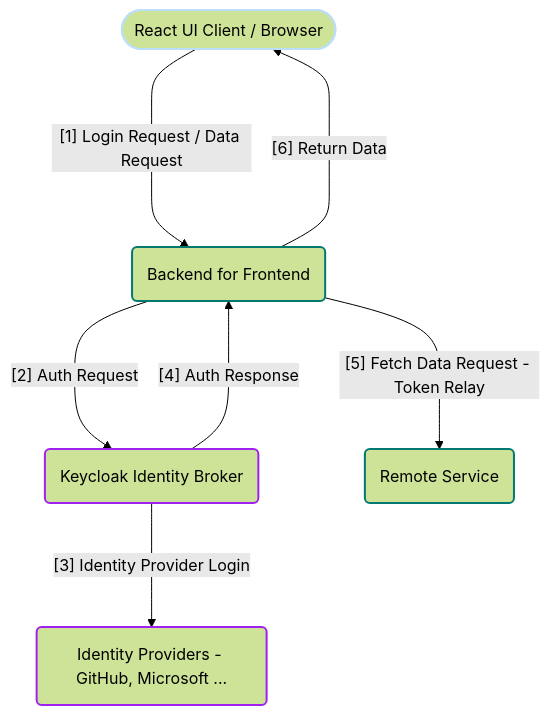
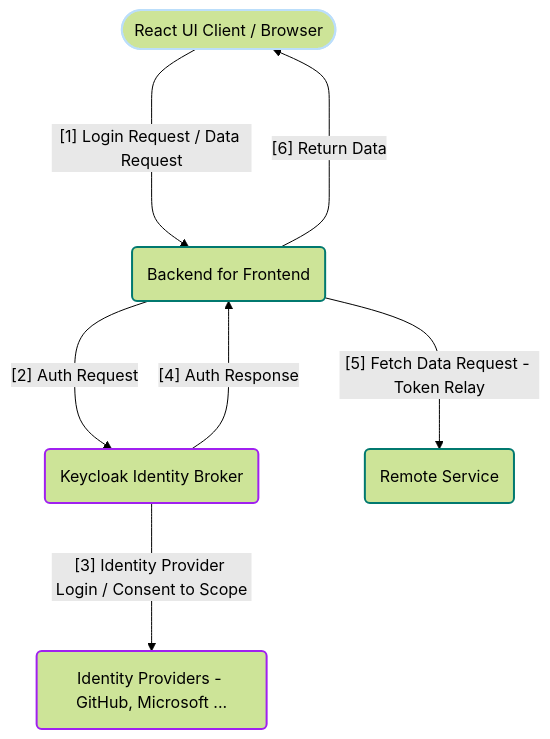
One commit to CynicDog/CynicDog.github.io changed the diagram in _posts/2024-09-26-cloud-native-spring-with-spa-and-key-cloak.md. Above: the diagram before and after it, drawn with Mermaid (forest theme).

````diff
--- a/_posts/2024-09-26-cloud-native-spring-with-spa-and-key-cloak.md
+++ b/_posts/2024-09-26-cloud-native-spring-with-spa-and-key-cloak.md
@@ -22,21 +22,21 @@
 ```mermaid 
 flowchart TD
     A([React UI Client / Browser ]) ----> |"[1] Login Request / Data Request"| B(Backend for Frontend)
     B ---> |"[2] Auth Request"| C(Keycloak Identity Broker)
-    C ---> |"[3] Identity Provider Login"| D(Identity Providers - GitHub, Microsoft ...)
+    C ---> |"[3] Identity Provider Login / Consent to Scope"| D(Identity Providers - GitHub, Microsoft ...)
     C --> |"[4] Auth Response"| B
     B ---> |"[5] Fetch Data Request - Token Relay"| E(Remote Service)
     B --> |"[6] Return Data"| A
 
     classDef container stroke:#333,stroke-width:1px;
     class ,E container;
 
     classDef react stroke:#BBDEFB,stroke-width:2px;
     class A react
 
     classDef idp stroke:#A020F0,stroke-width:2px;
     class C,D idp
 
     classDef remote stroke:#01796F,stroke-width:2px;
     class B,E remote
 ```
````
